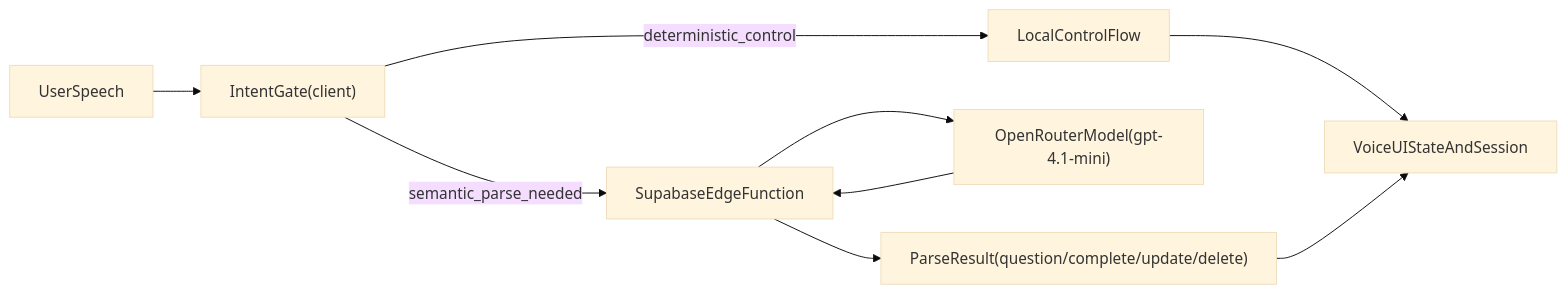
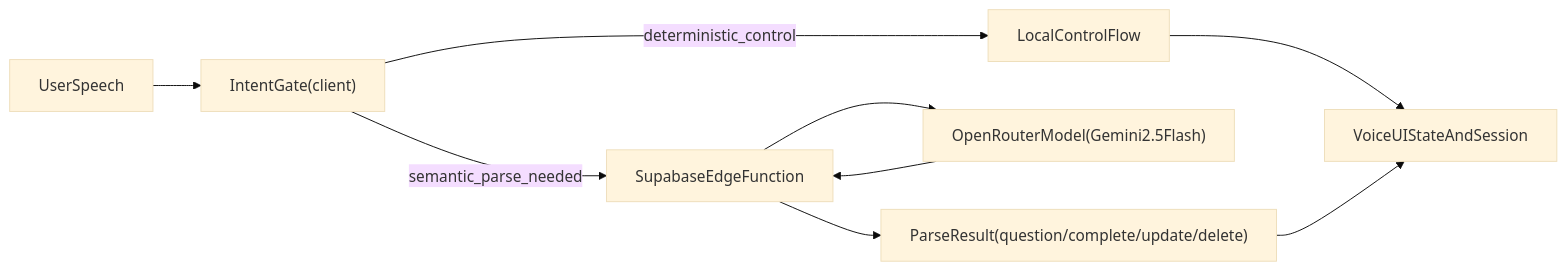
One commit to jensen-xbot/docket changed the diagram in VOICE-TO-TASK-V2.md. Above: the diagram before and after it, drawn with Mermaid (base theme). The commit also changed other lines of this file and 10 other files, not shown here.

First line of the commit message:
Voice latency optimization: Gemini Flash, streaming SSE, smart context

````diff
--- a/VOICE-TO-TASK-V2.md
+++ b/VOICE-TO-TASK-V2.md
@@ -86,11 +93,11 @@
 ```mermaid
 flowchart LR
     userSpeech["UserSpeech"] --> intentGate["IntentGate(client)"]
     intentGate -->|"deterministic_control"| localFlow["LocalControlFlow"]
     intentGate -->|"semantic_parse_needed"| edgeFn["SupabaseEdgeFunction"]
-    edgeFn --> modelCall["OpenRouterModel(gpt-4.1-mini)"]
+    edgeFn --> modelCall["OpenRouterModel(Gemini2.5Flash)"]
     modelCall --> edgeFn
     edgeFn --> parseResult["ParseResult(question/complete/update/delete)"]
     localFlow --> uiState["VoiceUIStateAndSession"]
     parseResult --> uiState
 ```
````
